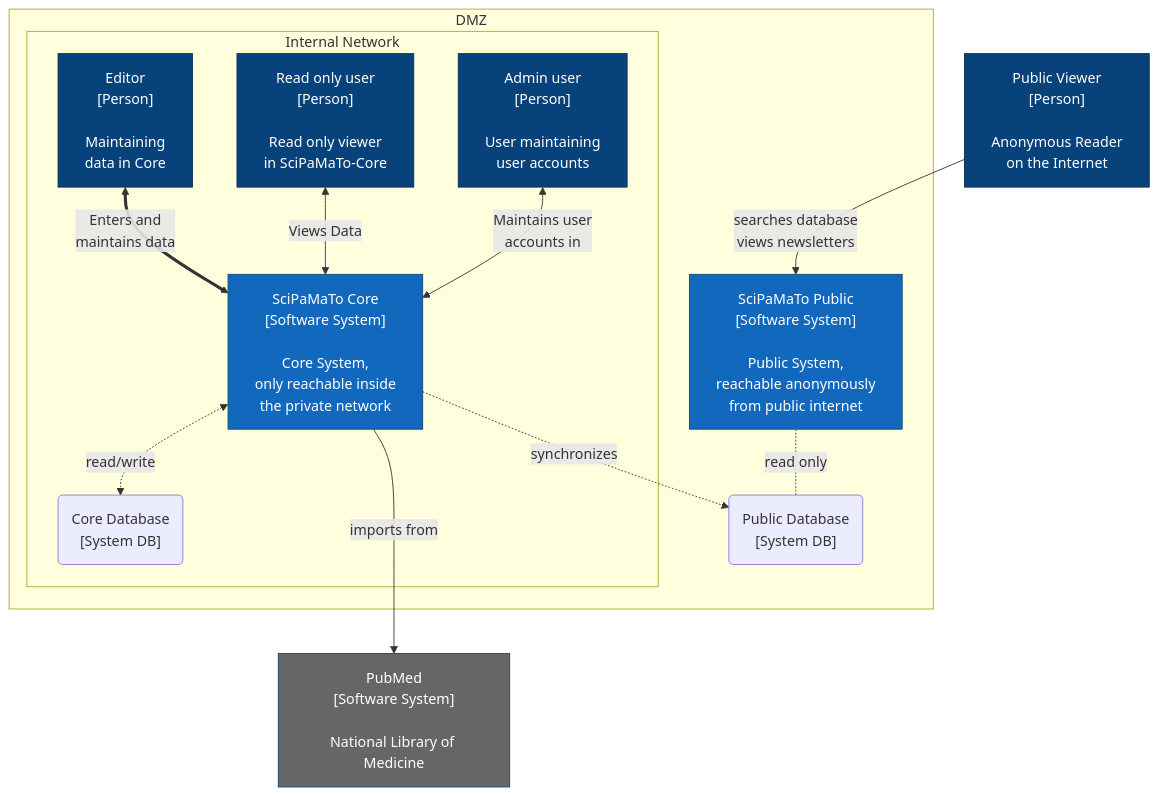
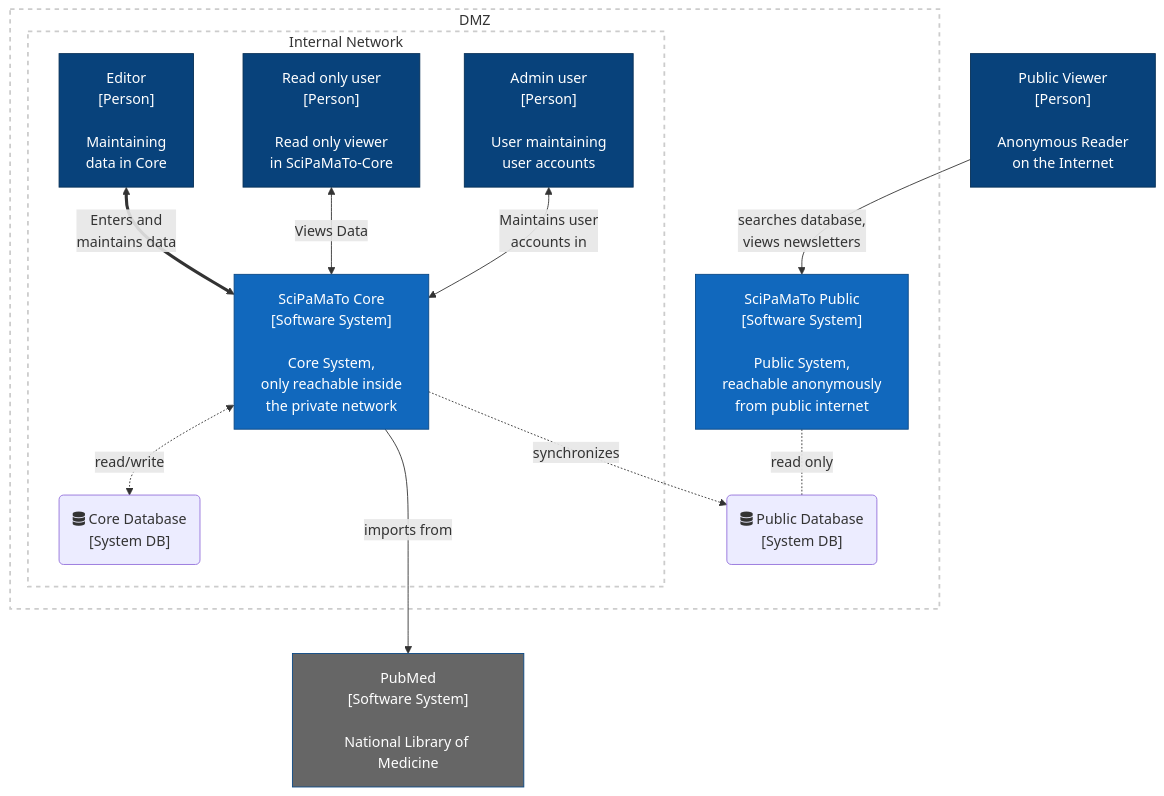
The first of 3 diagrams in README.adoc (ursjoss/scipamato), drawn with Mermaid before and after one commit. The commit also changed other lines of this file, not shown here.

Commit message:
Add Component Diagrams, update Context Diagram

````diff
--- a/README.adoc
+++ b/README.adoc
@@ -20,35 +24,37 @@
 ```mermaid
 flowchart TD
   PM["PubMed<br/>[Software System]<br/><br/>National Library of Medicine"]
   click PM href "https://pubmed.ncbi.nlm.nih.gov" _blank
   PublicViewer["Public Viewer<br/>[Person]<br/><br/>Anonymous Reader<br/>on the Internet"]
-  subgraph "DMZ"
+  subgraph dmz[DMZ]
     SP["SciPaMaTo Public<br/>[Software System]<br/><br/>Public System,<br/>reachable anonymously<br/>from public internet"]
     click SP href "https://www.swisstph.ch/en/projects/ludok/datenbanksuche" _blank
-    SPDB("Public Database<br/>[System DB]")
-    subgraph "Internal Network"
+    SPDB("fas:fa-database Public Database<br/>[System DB]")
+    subgraph internal[Internal Network]
       Editor["Editor<br/>[Person]<br/><br/>Maintaining<br/>data in Core"]
       Viewer["Read only user<br/>[Person]<br/><br/>Read only viewer<br/>in SciPaMaTo-Core"]
       Admin["Admin user<br/>[Person]<br/><br/>User maintaining<br/>user accounts"]
       SC["SciPaMaTo Core<br/>[Software System]<br/><br/>Core System,<br/>only reachable inside<br/>the private network"]
-      SCDB("Core Database<br/>[System DB]")
+      SCDB("fas:fa-database Core Database<br/>[System DB]")
     end
   end
-  Editor<==>|Enters and<br/>maintains data|SC
-  Viewer<-->|Views Data|SC
-  Admin<-->|Maintains user<br/>accounts in|SC
-  SC--->|imports from|PM
-  SC<-.->|read/write|SCDB
-  SC-.->|synchronizes|SPDB
-  SP-.-|read only|SPDB
+  Editor<==>|"Enters and<br/>maintains data"|SC
+  Viewer<-->|"Views Data"|SC
+  Admin<-->|"Maintains user<br/>accounts in"|SC
+  SC--->|"imports from"|PM
+  SC<-.->|"read/write"|SCDB
+  SC-.->|"synchronizes"|SPDB
+  SP-.-|"read only"|SPDB
 
-  PublicViewer-->|searches database<br/>views newsletters|SP
+  PublicViewer-->|"searches database,<br/>views newsletters"|SP
 
   classDef focusSystem fill:#1168bd,stroke:#0b4884,color:#ffffff
   classDef supportingSystem fill:#666,stroke:#0b4884,color:#ffffff
   classDef person fill:#08427b,stroke:#052e56,color:#ffffff
+  classDef boundary fill:none,stroke:#CCC,stroke-width:2px,stroke-dasharray: 5 5
 
   class Editor,Viewer,Admin,PublicViewer person
   class SC,SP focusSystem
   class PM supportingSystem
+  class dmz,internal boundary
 ```
````
